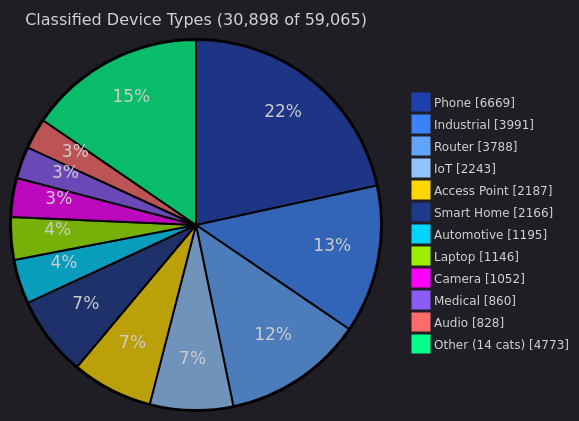
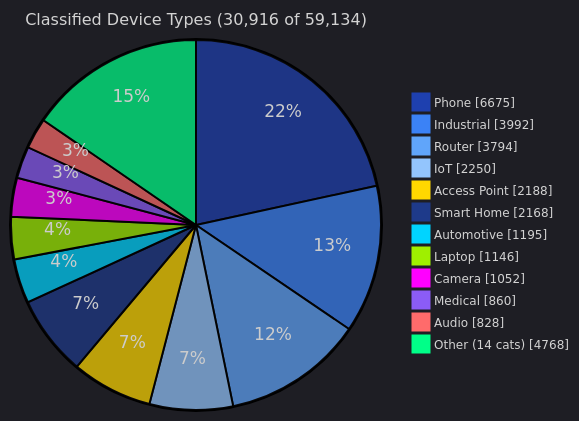
One commit to zqf20096327/dbhub_collect changed the fourth of 5 diagrams in data/readmes/Ringmast4r__OUI-Master-Database.md. Above: the diagram before and after it, drawn with Mermaid. The commit also changed other lines of this file and 514 other files, not shown here.

````diff
--- a/data/readmes/Ringmast4r__OUI-Master-Database.md
+++ b/data/readmes/Ringmast4r__OUI-Master-Database.md
@@ -170,17 +170,17 @@
 ```mermaid
 %%{init: {'theme':'dark', 'themeVariables': {'pie1':'#1E40AF','pie2':'#3B82F6','pie3':'#60A5FA','pie4':'#93C5FD','pie5':'#FFD700','pie6':'#1E3A8A','pie7':'#00D4FF','pie8':'#9FEF00','pie9':'#FF00FF','pie10':'#8B5CF6','pie11':'#FF6B6B','pie12':'#00FF88','pieTitleTextSize':'16px','pieLegendTextSize':'12px'}}}%%
 pie showData
-    title Classified Device Types (30,898 of 59,065)
-    "Phone" : 6669
-    "Industrial" : 3991
-    "Router" : 3788
-    "IoT" : 2243
-    "Access Point" : 2187
-    "Smart Home" : 2166
+    title Classified Device Types (30,916 of 59,134)
+    "Phone" : 6675
+    "Industrial" : 3992
+    "Router" : 3794
+    "IoT" : 2250
+    "Access Point" : 2188
+    "Smart Home" : 2168
     "Automotive" : 1195
     "Laptop" : 1146
     "Camera" : 1052
     "Medical" : 860
     "Audio" : 828
-    "Other (14 cats)" : 4773
+    "Other (14 cats)" : 4768
 ```
````
